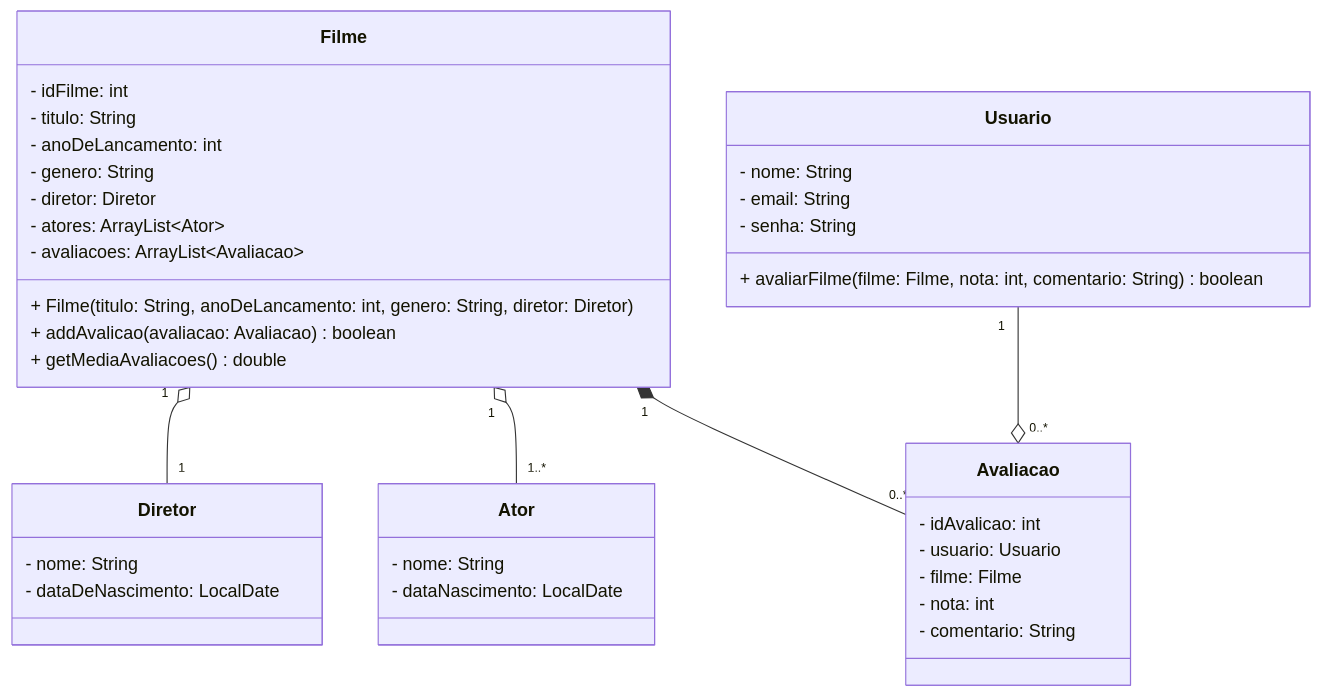
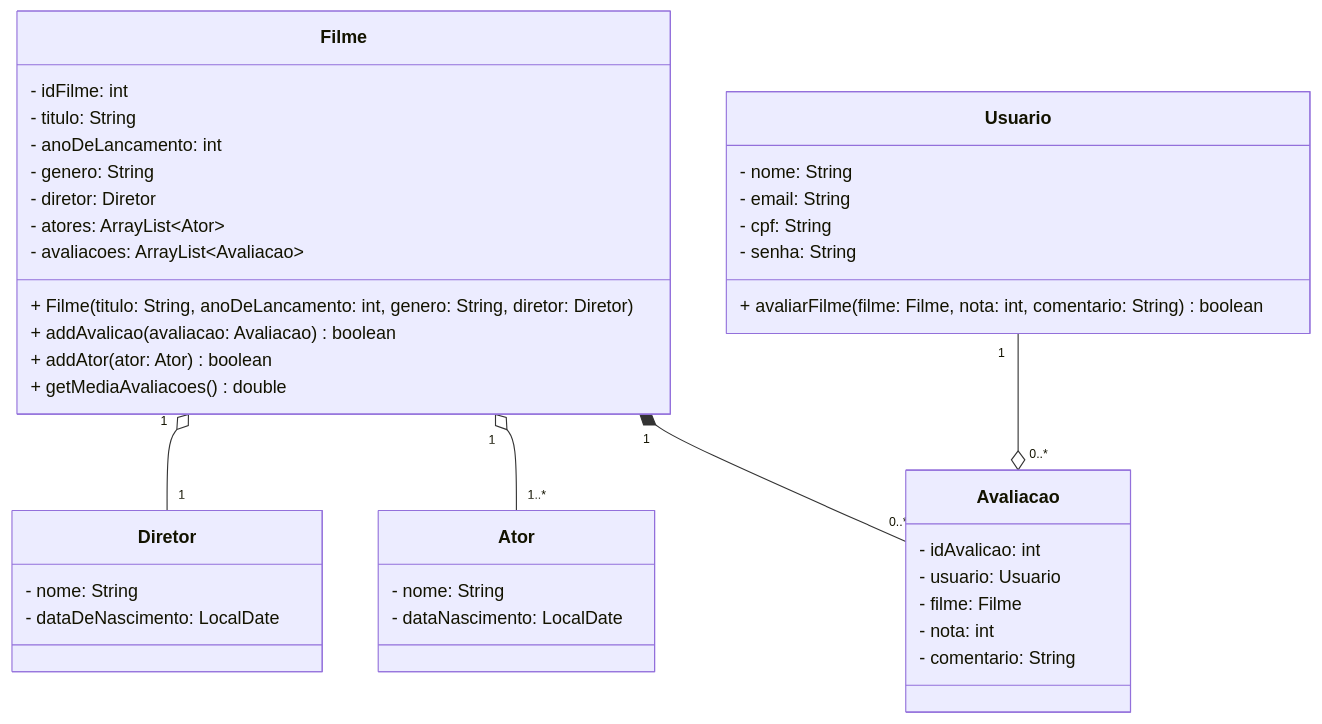
The diagram in lab05/ex02/README.md (hiagosantos60/POO), drawn with Mermaid before and after one commit. The commit also changed 6 other files, not shown here.

````diff
--- a/lab05/ex02/README.md
+++ b/lab05/ex02/README.md
@@ -7,51 +7,53 @@
 ``` mermaid
 classDiagram
 
     Filme "1" o-- "1" Diretor
     Filme "1" o-- "1..*" Ator
     Filme "1" *-- "0..*" Avaliacao
     Usuario "1" --o "0..*" Avaliacao
 
 
     class Filme {
         - idFilme: int
         - titulo: String
         - anoDeLancamento: int
         - genero: String
         - diretor: Diretor
         - atores: ArrayList~Ator~
         - avaliacoes: ArrayList~Avaliacao~
 
         + Filme(titulo: String, anoDeLancamento: int, genero: String, diretor: Diretor)
 
         + addAvalicao(avaliacao: Avaliacao) boolean
+        + addAtor(ator: Ator) boolean
         + getMediaAvaliacoes() double
     }
 
     class Diretor {
         - nome: String
         - dataDeNascimento: LocalDate
     }
 
     class Ator {
         - nome: String
         - dataNascimento: LocalDate
     }
 
     class Usuario {
         - nome: String
         - email: String
+        - cpf: String
         - senha: String 
         + avaliarFilme(filme: Filme, nota: int, comentario: String) boolean
     }
 
     class Avaliacao {
         - idAvalicao: int
         - usuario: Usuario
         - filme: Filme
         - nota: int
         - comentario: String
     }
 
     
 ```
````
